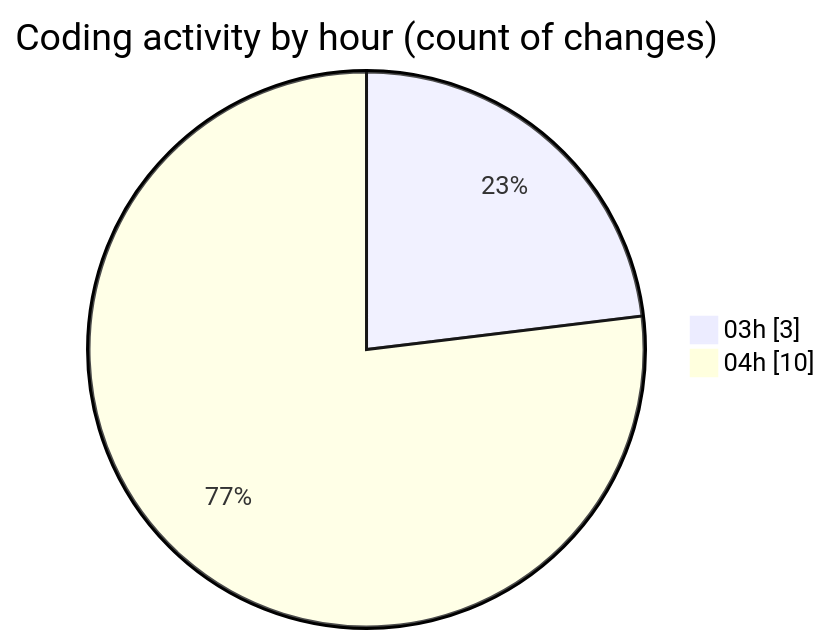
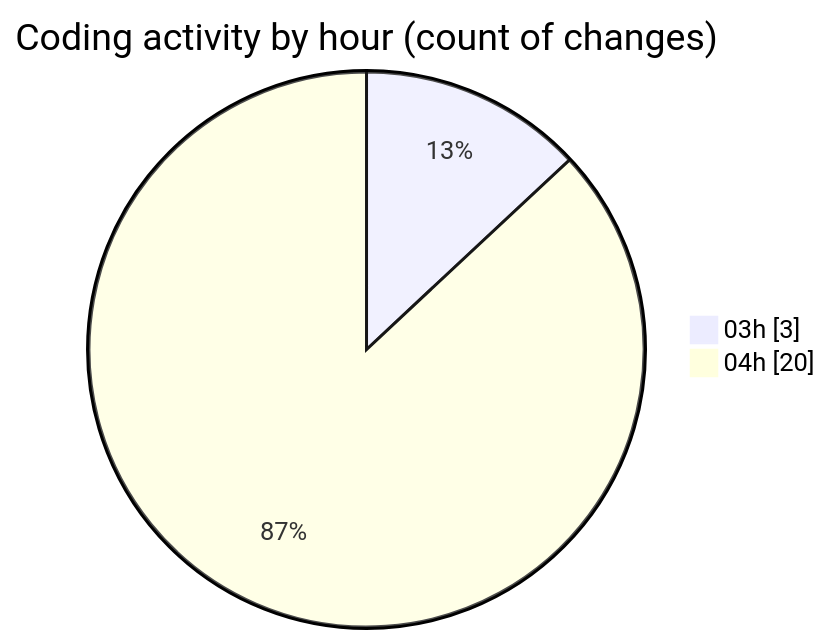
The second of 2 diagrams in 2025-01-03/tinycms/README.md (ernivani/code-tracking), drawn with Mermaid before and after one commit. The commit also changed other lines of this file and 2 other files, not shown here.

````diff
--- a/2025-01-03/tinycms/README.md
+++ b/2025-01-03/tinycms/README.md
@@ -35,6 +39,6 @@
 ```mermaid
 pie showData
 title Coding activity by hour (count of changes)
 "03h" : 3
-"04h" : 10
+"04h" : 20
 ```
````
